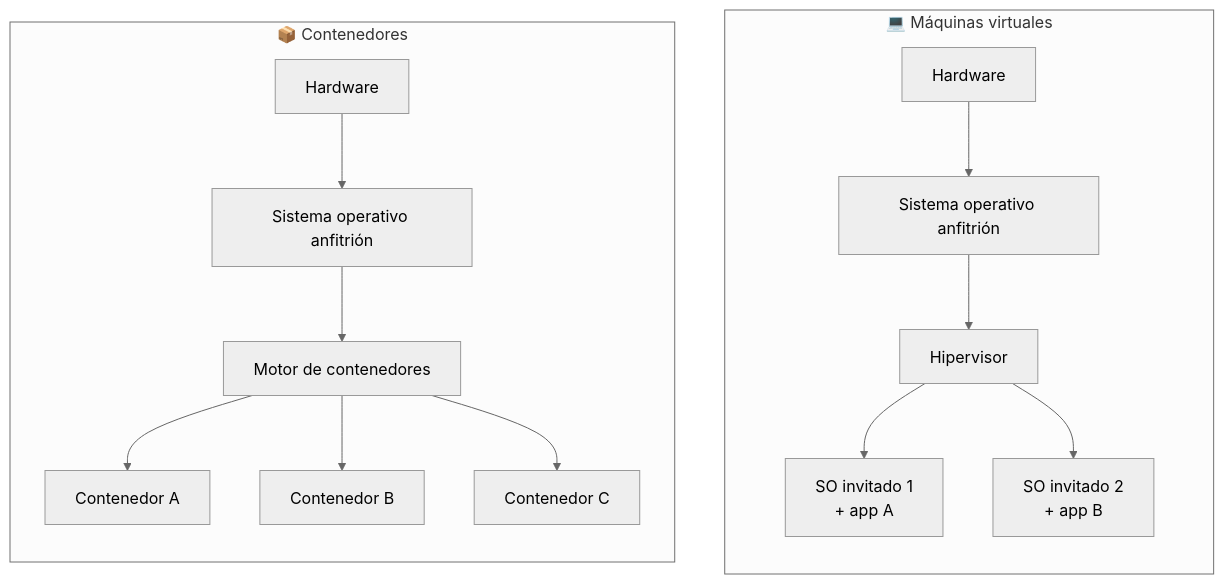
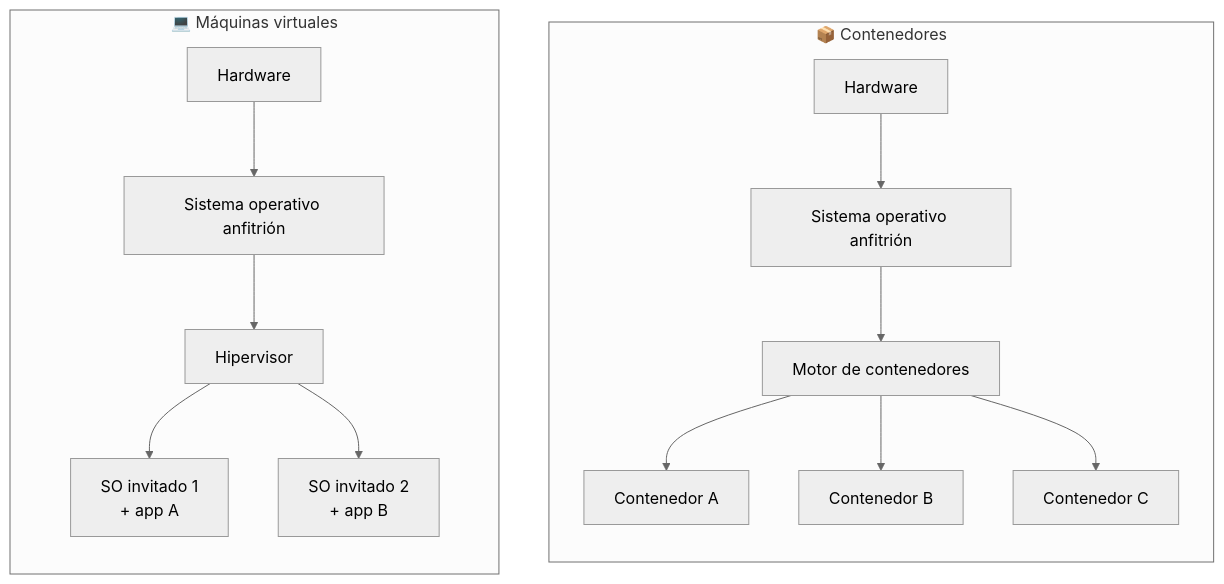
One commit to alejandroroig/despliegue-daw changed the first of 4 diagrams in docs/tema2/fundamentos-contenedores.md. Above: the diagram before and after it, drawn with Mermaid (neutral theme). The commit also changed other lines of this file and 14 other files, not shown here.

````diff
--- a/docs/tema2/fundamentos-contenedores.md
+++ b/docs/tema2/fundamentos-contenedores.md
@@ -36,18 +36,19 @@
 ```mermaid
 flowchart TB
+ subgraph CT["📦 Contenedores"]
+        direction TB
+        HW2["Hardware"] --> SO2["Sistema operativo anfitrión"]
+        SO2 --> DE["Motor de contenedores"]
+        DE --> C1["Contenedor A"]
+        DE --> C2["Contenedor B"]
+        DE --> C3["Contenedor C"]
+    end
     subgraph VM["💻 Máquinas virtuales"]
         direction TB
         HW1["Hardware"] --> SO1["Sistema operativo anfitrión"]
         SO1 --> HV["Hipervisor"]
         HV --> G1["SO invitado 1<br/>+ app A"]
         HV --> G2["SO invitado 2<br/>+ app B"]
     end
-    subgraph CT["📦 Contenedores"]
-        direction TB
-        HW2["Hardware"] --> SO2["Sistema operativo anfitrión"]
-        SO2 --> DE["Motor de contenedores"]
-        DE --> C1["Contenedor A"]
-        DE --> C2["Contenedor B"]
-        DE --> C3["Contenedor C"]
-    end
+   
 ```
````
